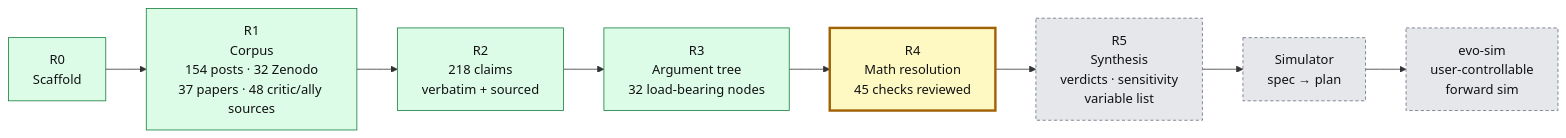
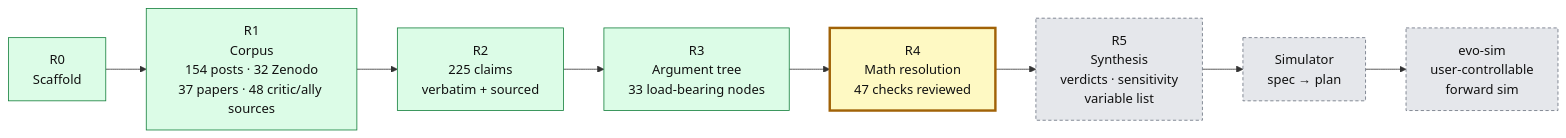
One commit to nickallevato/evo-sim changed the second of 2 diagrams in README.md. Above: the diagram before and after it, drawn with Mermaid. The commit also changed other lines of this file and 25 other files, not shown here.

````diff
--- a/README.md
+++ b/README.md
@@ -229,14 +229,14 @@
 ```mermaid
 flowchart LR
   R0["R0<br/>Scaffold"]:::done --> R1["R1<br/>Corpus<br/>154 posts · 32 Zenodo<br/>37 papers · 48 critic/ally sources"]:::done
-  R1 --> R2["R2<br/>218 claims<br/>verbatim + sourced"]:::done
-  R2 --> R3["R3<br/>Argument tree<br/>32 load-bearing nodes"]:::done
-  R3 --> R4["R4<br/>Math resolution<br/>45 checks reviewed"]:::active
+  R1 --> R2["R2<br/>225 claims<br/>verbatim + sourced"]:::done
+  R2 --> R3["R3<br/>Argument tree<br/>33 load-bearing nodes"]:::done
+  R3 --> R4["R4<br/>Math resolution<br/>47 checks reviewed"]:::active
   R4 --> R5["R5<br/>Synthesis<br/>verdicts · sensitivity<br/>variable list"]:::todo
   R5 --> S1["Simulator<br/>spec → plan"]:::todo
   S1 --> S2["evo-sim<br/>user-controllable<br/>forward sim"]:::todo
 
   classDef done fill:#dcfce7,stroke:#15803d,color:#111
   classDef active fill:#fef9c3,stroke:#a16207,stroke-width:3px,color:#111
   classDef todo fill:#e5e7eb,stroke:#6b7280,color:#111,stroke-dasharray:4 3
 ```
````
